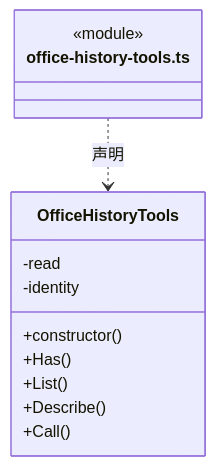
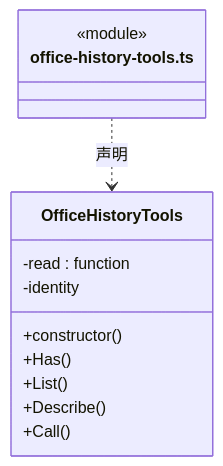
Diagram 17 of 24 in src/logic/tools/runtime/ARCHITECTURE.md (nan023062/cbim), drawn with Mermaid before and after one commit. The commit also changed other lines of this file and 137 other files, not shown here.

Commit message:
fix: align architecture generator with documentation standards

````diff
--- a/src/logic/tools/runtime/ARCHITECTURE.md
+++ b/src/logic/tools/runtime/ARCHITECTURE.md
@@ -720,16 +748,16 @@
 ```mermaid
 classDiagram
 class N_src_logic_tools_runtime_office_history_tools_ts["office-history-tools.ts"] {
   <<module>>
 }
 class N_src_logic_tools_runtime_office_history_tools_ts_OfficeHistoryTools["OfficeHistoryTools"] {
   +constructor()
   +Has()
   +List()
   +Describe()
   +Call()
-  -read
+  -read : function
   -identity
 }
 N_src_logic_tools_runtime_office_history_tools_ts ..> N_src_logic_tools_runtime_office_history_tools_ts_OfficeHistoryTools : 声明
 ```
````
